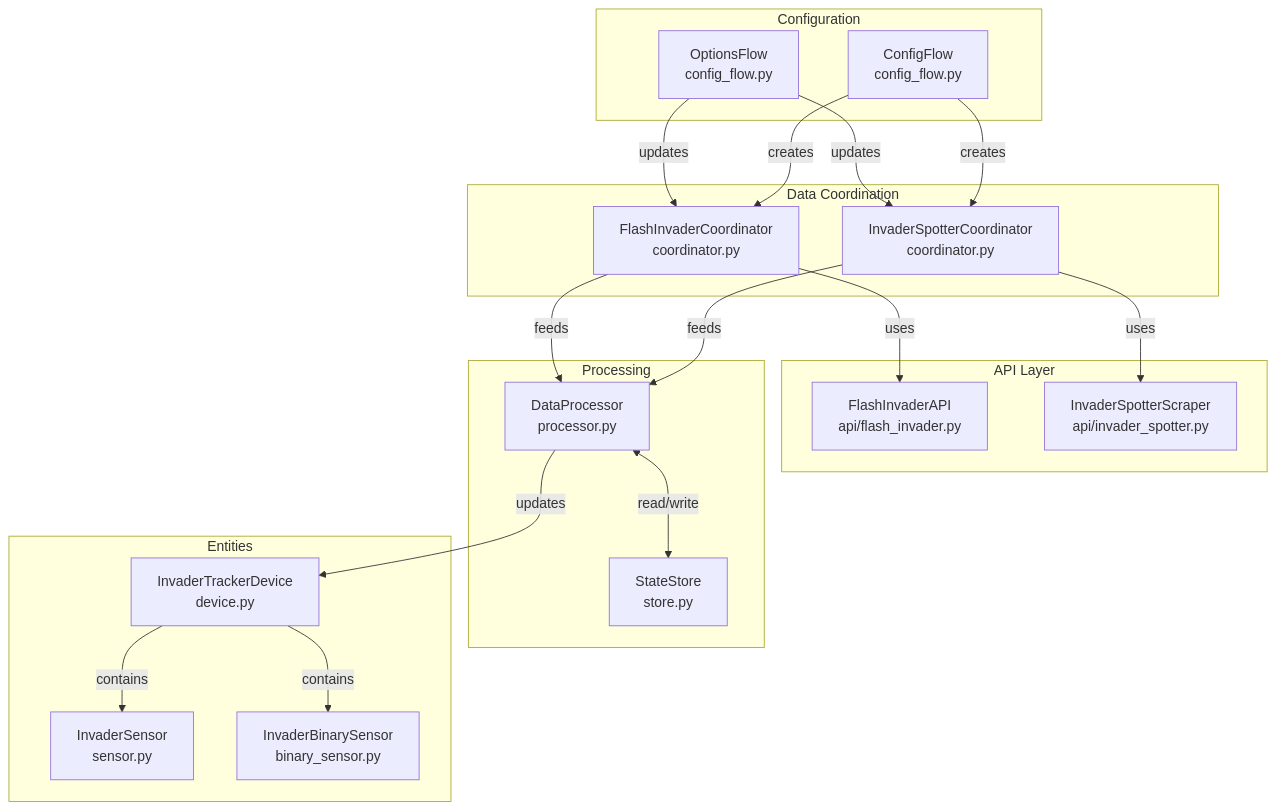
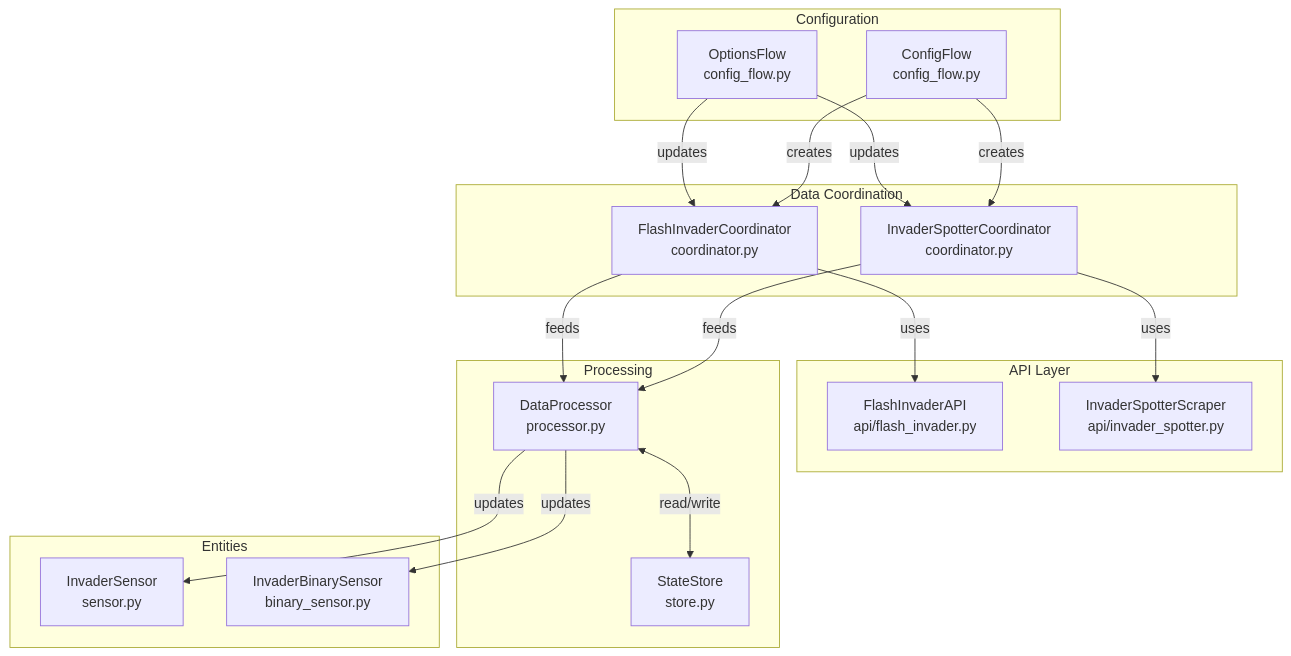
The third of 6 diagrams in docs/architecture.md (Trolent/HA-Invader-Tracker), drawn with Mermaid before and after one commit. The commit also changed other lines of this file and 26 other files, not shown here.

````diff
--- a/docs/architecture.md
+++ b/docs/architecture.md
@@ -447,44 +508,42 @@
 ```mermaid
 graph TB
     subgraph "Configuration"
         CF[ConfigFlow<br/>config_flow.py]
         OPT[OptionsFlow<br/>config_flow.py]
     end
 
     subgraph "Data Coordination"
         ISC[InvaderSpotterCoordinator<br/>coordinator.py]
         FIC[FlashInvaderCoordinator<br/>coordinator.py]
     end
 
     subgraph "API Layer"
         FIAPI[FlashInvaderAPI<br/>api/flash_invader.py]
         ISSCRP[InvaderSpotterScraper<br/>api/invader_spotter.py]
     end
 
     subgraph "Processing"
         PROC[DataProcessor<br/>processor.py]
         STORE[StateStore<br/>store.py]
     end
 
     subgraph "Entities"
-        DEV[InvaderTrackerDevice<br/>device.py]
         SENS[InvaderSensor<br/>sensor.py]
         BSENS[InvaderBinarySensor<br/>binary_sensor.py]
     end
 
     CF -->|creates| ISC
     CF -->|creates| FIC
     OPT -->|updates| ISC
     OPT -->|updates| FIC
 
     ISC -->|uses| ISSCRP
     FIC -->|uses| FIAPI
 
     ISC -->|feeds| PROC
     FIC -->|feeds| PROC
     PROC <-->|read/write| STORE
 
-    PROC -->|updates| DEV
-    DEV -->|contains| SENS
-    DEV -->|contains| BSENS
+    PROC -->|updates| SENS
+    PROC -->|updates| BSENS
 ```
````
